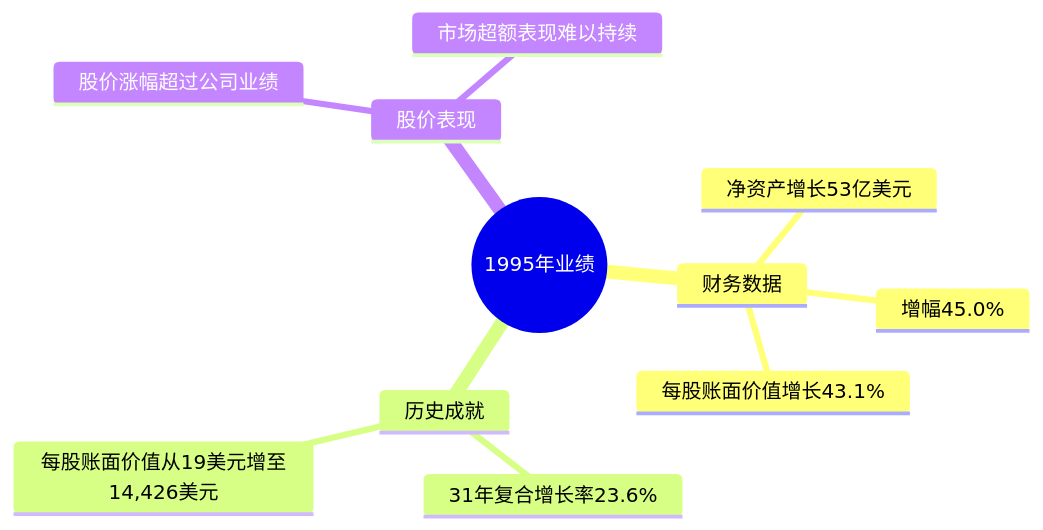
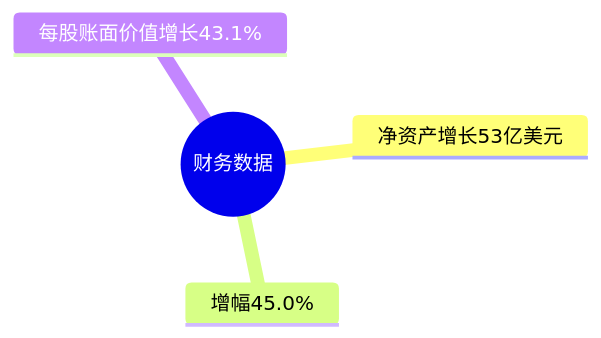
One commit to carllhm/buffett-knowledge-base changed the second of 6 diagrams in docs/01_letters/1995年/思维导图.md. Above: the diagram before and after it, drawn with Mermaid. The commit also changed other lines of this file and 719 other files, not shown here.

Commit message:
思维导图重构：两级结构，总览+折叠子导图

````diff
--- a/docs/01_letters/1995年/思维导图.md
+++ b/docs/01_letters/1995年/思维导图.md
@@ -5,14 +56,7 @@
 ```mermaid
 mindmap
-  root((1995年业绩))
-    财务数据
-      净资产增长53亿美元
-      增幅45.0%
-      每股账面价值增长43.1%
-    历史成就
-      31年复合增长率23.6%
-      每股账面价值从19美元增至14,426美元
-    股价表现
-      股价涨幅超过公司业绩
-      市场超额表现难以持续
+  root((财务数据))
+    净资产增长53亿美元
+    增幅45.0%
+    每股账面价值增长43.1%
 ```
````
